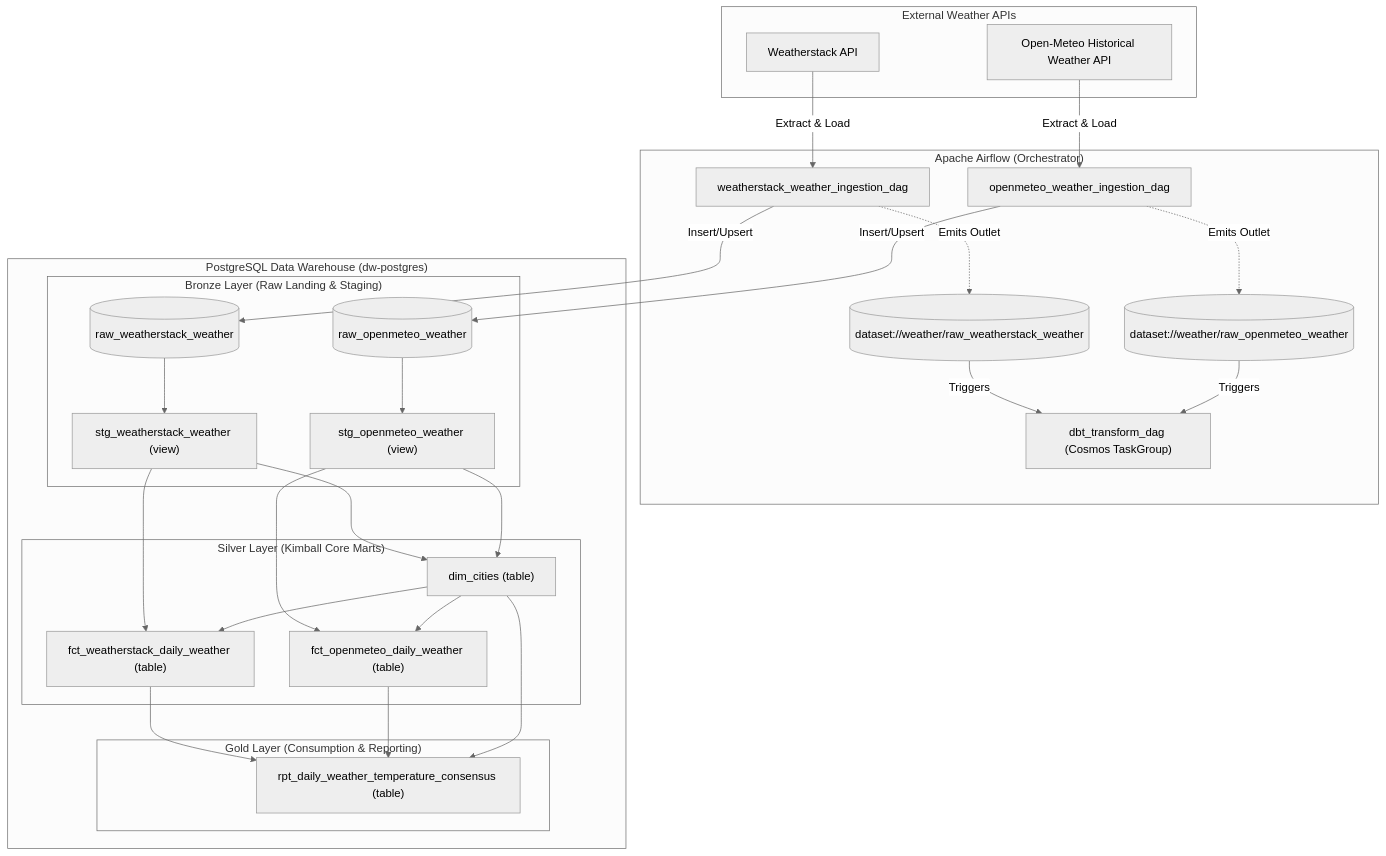
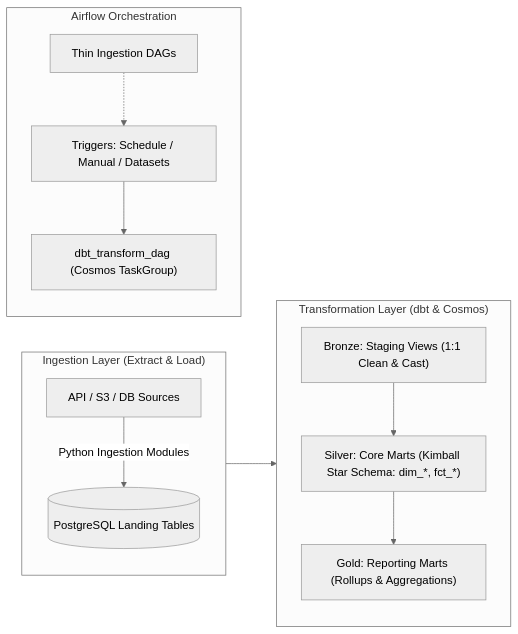
Before and after one commit to TheGoatfoot/hands-on-airflow: the diagram in README.md, drawn with Mermaid (neutral theme). The commit also changed other lines of this file, not shown here.

Commit message:
docs: make README generic, concise, and focused on platform architecture

````diff
--- a/README.md
+++ b/README.md
@@ -9,58 +11,22 @@
 ```mermaid
-flowchart TD
-    subgraph Sources["External Weather APIs"]
-        API1["Weatherstack API"]
-        API2["Open-Meteo Historical Weather API"]
+flowchart LR
+    subgraph Ingestion["Ingestion Layer (Extract & Load)"]
+        direction TB
+        EXT["API / S3 / DB Sources"] -->|Python Ingestion Modules| RAW[("PostgreSQL Landing Tables")]
     end
 
-    subgraph Airflow["Apache Airflow (Orchestrator)"]
-        DAG1["weatherstack_weather_ingestion_dag"]
-        DAG2["openmeteo_weather_ingestion_dag"]
-        DS1[("dataset://weather/raw_weatherstack_weather")]
-        DS2[("dataset://weather/raw_openmeteo_weather")]
-        DAG3["dbt_transform_dag (Cosmos TaskGroup)"]
+    subgraph Airflow["Airflow Orchestration"]
+        direction TB
+        DAG_EXT["Thin Ingestion DAGs"]
+        TRIG["Triggers: Schedule / Manual / Datasets"]
+        COSMOS["dbt_transform_dag (Cosmos TaskGroup)"]
+        DAG_EXT -.-> TRIG --> COSMOS
     end
 
-    subgraph Warehouse["PostgreSQL Data Warehouse (dw-postgres)"]
-        subgraph Bronze["Bronze Layer (Raw Landing & Staging)"]
-            T1[("raw_weatherstack_weather")]
-            T2[("raw_openmeteo_weather")]
-            V1["stg_weatherstack_weather (view)"]
-            V2["stg_openmeteo_weather (view)"]
-        end
-
-        subgraph Silver["Silver Layer (Kimball Core Marts)"]
-            DIM["dim_cities (table)"]
-            FCT1["fct_weatherstack_daily_weather (table)"]
-            FCT2["fct_openmeteo_daily_weather (table)"]
-        end
-
-        subgraph Gold["Gold Layer (Consumption & Reporting)"]
-            RPT["rpt_daily_weather_temperature_consensus (table)"]
-        end
+    subgraph Transformation["Transformation Layer (dbt & Cosmos)"]
+        direction TB
+        RAW --> STG["Bronze: Staging Views (1:1 Clean & Cast)"]
+        STG --> MARTS["Silver: Core Marts (Kimball Star Schema: dim_*, fct_*)"]
+        MARTS --> RPT["Gold: Reporting Marts (Rollups & Aggregations)"]
     end
-
-    API1 -->|Extract & Load| DAG1
-    API2 -->|Extract & Load| DAG2
-
-    DAG1 -->|Insert/Upsert| T1
-    DAG2 -->|Insert/Upsert| T2
-
-    DAG1 -.->|Emits Outlet| DS1
-    DAG2 -.->|Emits Outlet| DS2
-
-    DS1 -->|Triggers| DAG3
-    DS2 -->|Triggers| DAG3
-
-    T1 --> V1
-    T2 --> V2
-    V1 --> DIM
-    V2 --> DIM
-    V1 --> FCT1
-    V2 --> FCT2
-    DIM --> FCT1
-    DIM --> FCT2
-    FCT1 --> RPT
-    FCT2 --> RPT
-    DIM --> RPT
 ```
````
